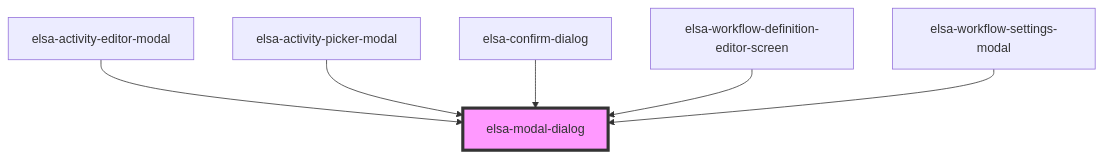
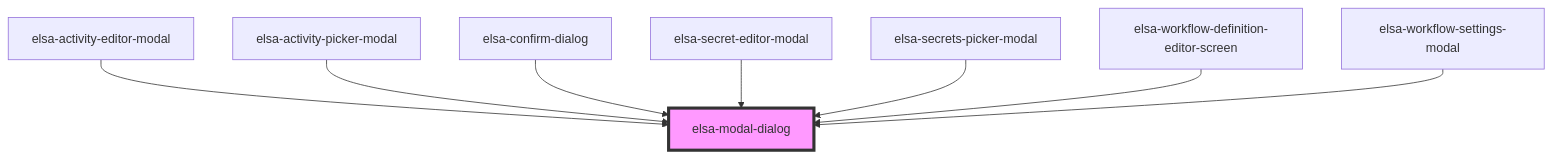
Before and after one commit to elsa-workflows/elsa-core: the diagram in src/designer/elsa-workflows-studio/src/components/shared/elsa-modal-dialog/readme.md, drawn with Mermaid. The commit also changed other lines of this file and 111 other files, not shown here.

````diff
--- a/src/designer/elsa-workflows-studio/src/components/shared/elsa-modal-dialog/readme.md
+++ b/src/designer/elsa-workflows-studio/src/components/shared/elsa-modal-dialog/readme.md
@@ -50,9 +52,11 @@
 ```mermaid
 graph TD;
   elsa-activity-editor-modal --> elsa-modal-dialog
   elsa-activity-picker-modal --> elsa-modal-dialog
   elsa-confirm-dialog --> elsa-modal-dialog
+  elsa-secret-editor-modal --> elsa-modal-dialog
+  elsa-secrets-picker-modal --> elsa-modal-dialog
   elsa-workflow-definition-editor-screen --> elsa-modal-dialog
   elsa-workflow-settings-modal --> elsa-modal-dialog
   style elsa-modal-dialog fill:#f9f,stroke:#333,stroke-width:4px
 ```
````
